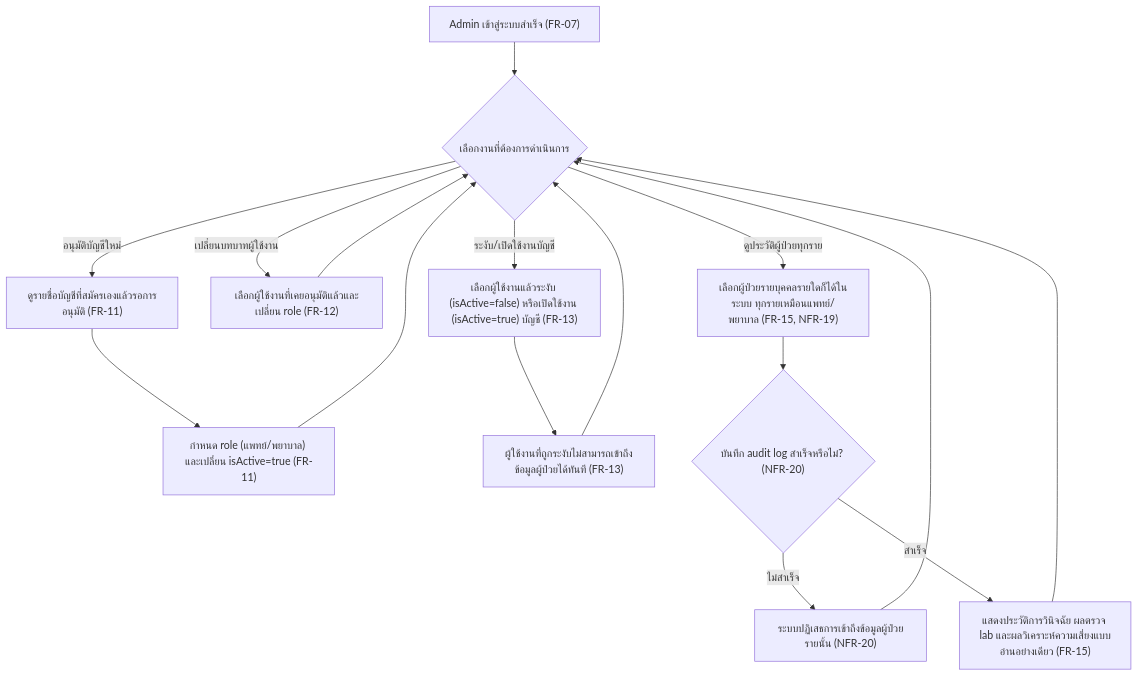
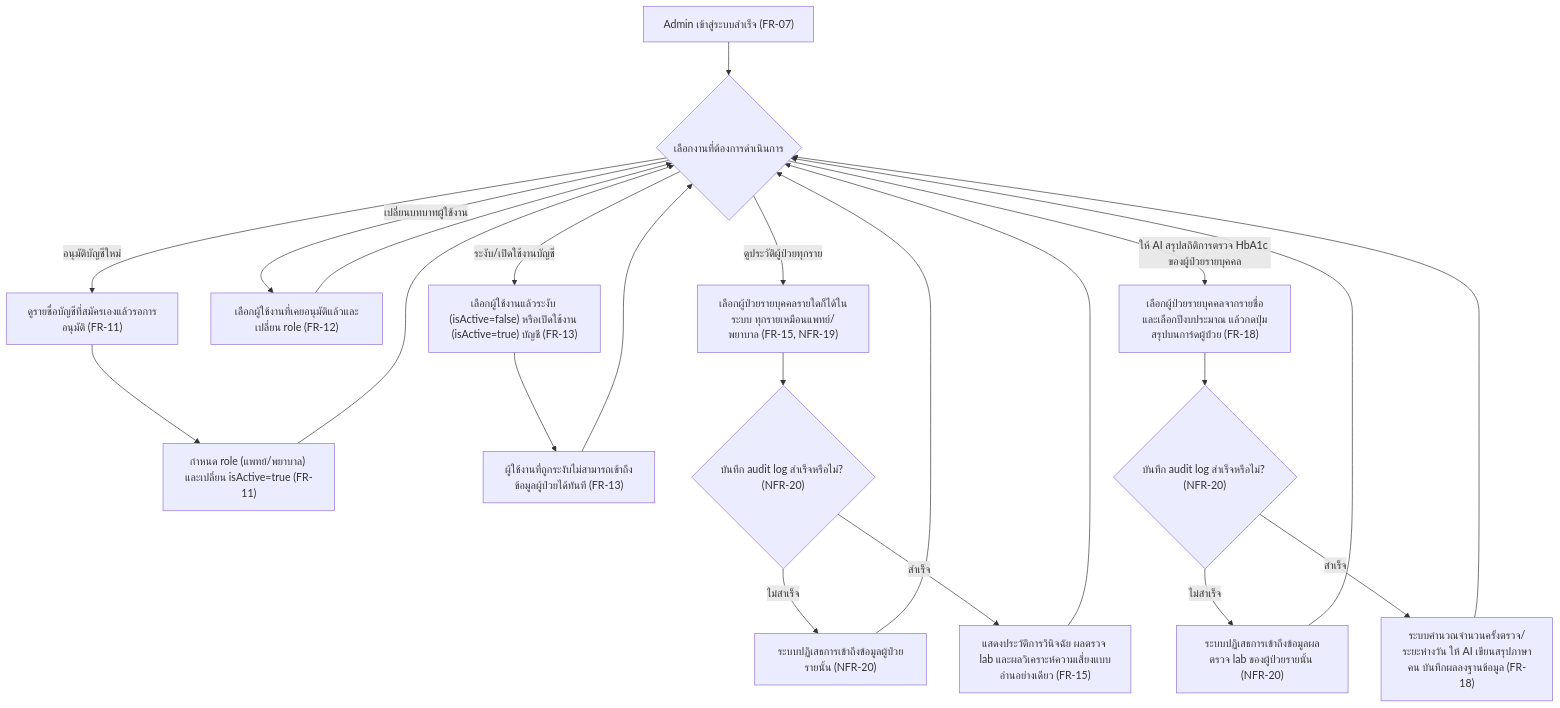
The fourth of 4 diagrams in docs/02-design/user-journey.md (fadtypat/track-ncds), drawn with Mermaid before and after one commit. The commit also changed other lines of this file and 2 other files, not shown here.

````diff
--- a/docs/02-design/user-journey.md
+++ b/docs/02-design/user-journey.md
@@ -390,18 +437,24 @@
 ```mermaid
 flowchart TD
     A["Admin เข้าสู่ระบบสำเร็จ (FR-07)"] --> B{"เลือกงานที่ต้องการดำเนินการ"}
     B -->|อนุมัติบัญชีใหม่| C1["ดูรายชื่อบัญชีที่สมัครเองแล้วรอการอนุมัติ (FR-11)"]
     C1 --> C2["กำหนด role (แพทย์/พยาบาล) และเปลี่ยน isActive=true (FR-11)"]
     C2 --> B
     B -->|เปลี่ยนบทบาทผู้ใช้งาน| D1["เลือกผู้ใช้งานที่เคยอนุมัติแล้วและเปลี่ยน role (FR-12)"]
     D1 --> B
     B -->|ระงับ/เปิดใช้งานบัญชี| E1["เลือกผู้ใช้งานแล้วระงับ (isActive=false) หรือเปิดใช้งาน (isActive=true) บัญชี (FR-13)"]
     E1 --> E2["ผู้ใช้งานที่ถูกระงับไม่สามารถเข้าถึงข้อมูลผู้ป่วยได้ทันที (FR-13)"]
     E2 --> B
     B -->|ดูประวัติผู้ป่วยทุกราย| G1["เลือกผู้ป่วยรายบุคคลรายใดก็ได้ในระบบ ทุกรายเหมือนแพทย์/พยาบาล (FR-15, NFR-19)"]
     G1 --> G2{"บันทึก audit log สำเร็จหรือไม่? (NFR-20)"}
     G2 -->|ไม่สำเร็จ| G3["ระบบปฏิเสธการเข้าถึงข้อมูลผู้ป่วยรายนั้น (NFR-20)"]
     G3 --> B
     G2 -->|สำเร็จ| G4["แสดงประวัติการวินิจฉัย ผลตรวจ lab และผลวิเคราะห์ความเสี่ยงแบบอ่านอย่างเดียว (FR-15)"]
     G4 --> B
+    B -->|ให้ AI สรุปสถิติการตรวจ HbA1c ของผู้ป่วยรายบุคคล| H1["เลือกผู้ป่วยรายบุคคลจากรายชื่อและเลือกปีงบประมาณ แล้วกดปุ่มสรุปบนการ์ดผู้ป่วย (FR-18)"]
+    H1 --> H2{"บันทึก audit log สำเร็จหรือไม่? (NFR-20)"}
+    H2 -->|ไม่สำเร็จ| H3["ระบบปฏิเสธการเข้าถึงข้อมูลผลตรวจ lab ของผู้ป่วยรายนั้น (NFR-20)"]
+    H3 --> B
+    H2 -->|สำเร็จ| H4["ระบบคำนวณจำนวนครั้งตรวจ/ระยะห่างวัน ให้ AI เขียนสรุปภาษาคน บันทึกผลลงฐานข้อมูล (FR-18)"]
+    H4 --> B
 ```
````
